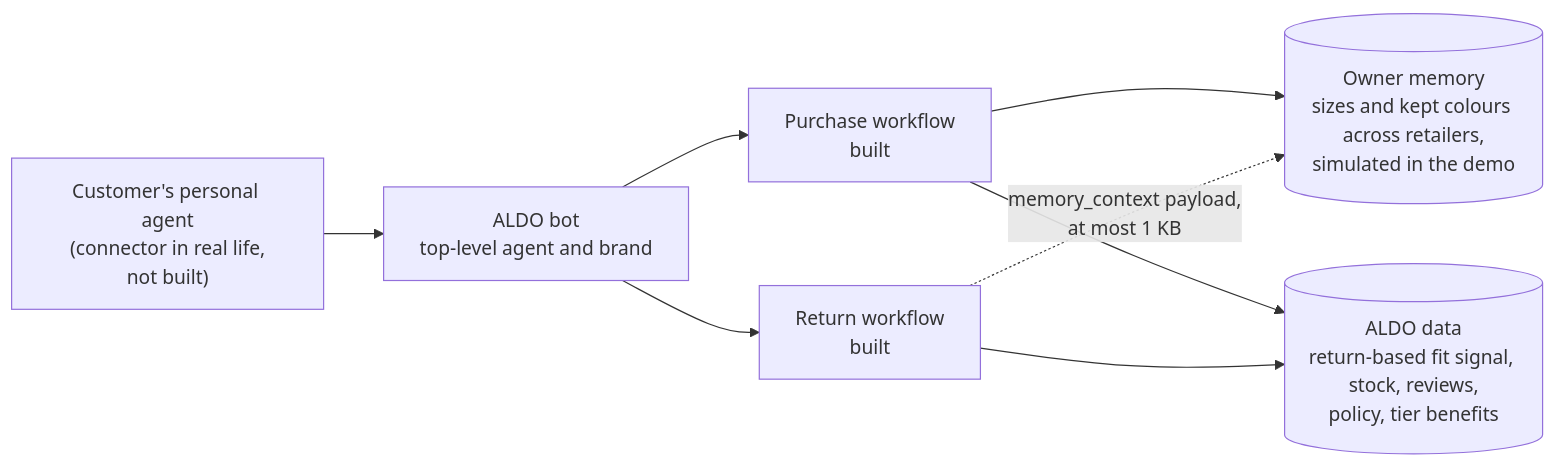
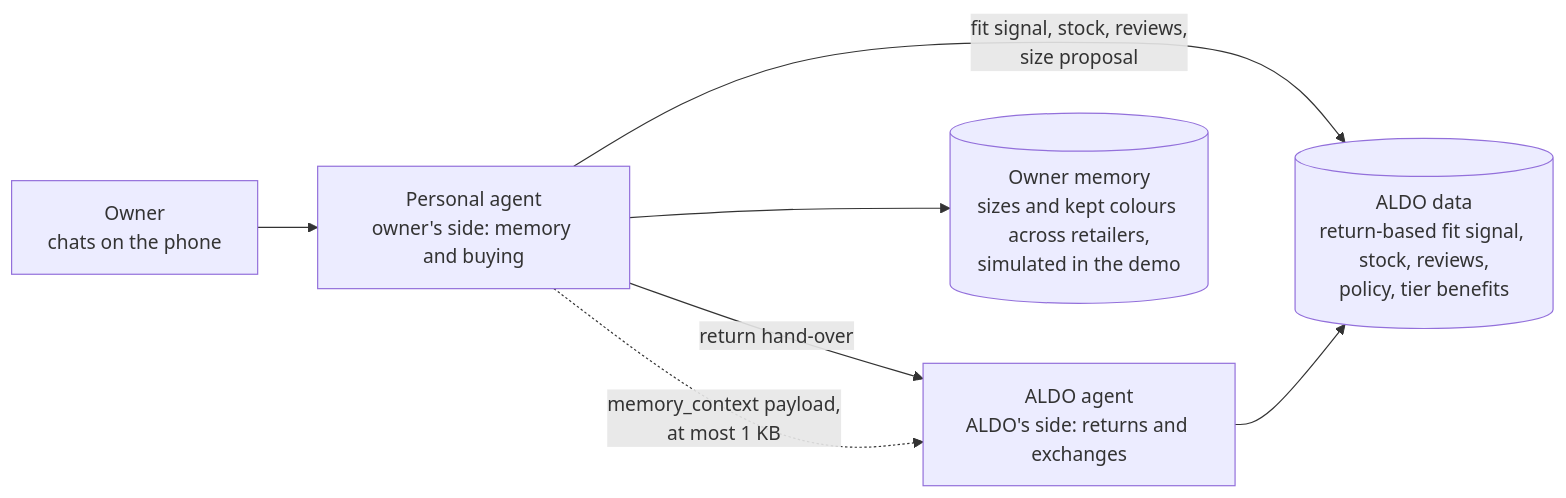
Before and after one commit to MinsuKin/aldo-return-agent: the first of 2 diagrams in README.md, drawn with Mermaid. The commit also changed other lines of this file and 111 other files, not shown here.

First line of the commit message:
Rename ALDO bot to Personal agent and the return side to ALDO agent

````diff
--- a/README.md
+++ b/README.md
@@ -19,17 +19,15 @@
 ```mermaid
 flowchart LR
-    pa["Customer's personal agent<br/>(connector in real life,<br/>not built)"]
-    bot["ALDO bot<br/>top-level agent and brand"]
-    pw["Purchase workflow<br/>built"]
-    rw["Return workflow<br/>built"]
+    owner["Owner<br/>chats on the phone"]
+    pa["Personal agent<br/>owner's side: memory and buying"]
+    aa["ALDO agent<br/>ALDO's side: returns and exchanges"]
     mem[("Owner memory<br/>sizes and kept colours across retailers,<br/>simulated in the demo")]
     data[("ALDO data<br/>return-based fit signal, stock, reviews,<br/>policy, tier benefits")]
 
-    pa --> bot
-    bot --> pw
-    bot --> rw
-    pw --> mem
-    pw --> data
-    rw --> data
-    rw -.->|"memory_context payload,<br/>at most 1 KB"| mem
+    owner --> pa
+    pa --> mem
+    pa -->|"fit signal, stock, reviews,<br/>size proposal"| data
+    pa -->|"return hand-over"| aa
+    aa --> data
+    pa -.->|"memory_context payload,<br/>at most 1 KB"| aa
 ```
````
